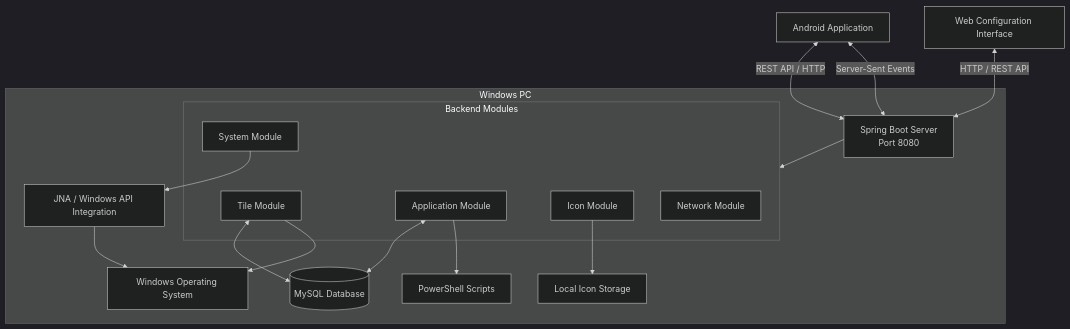
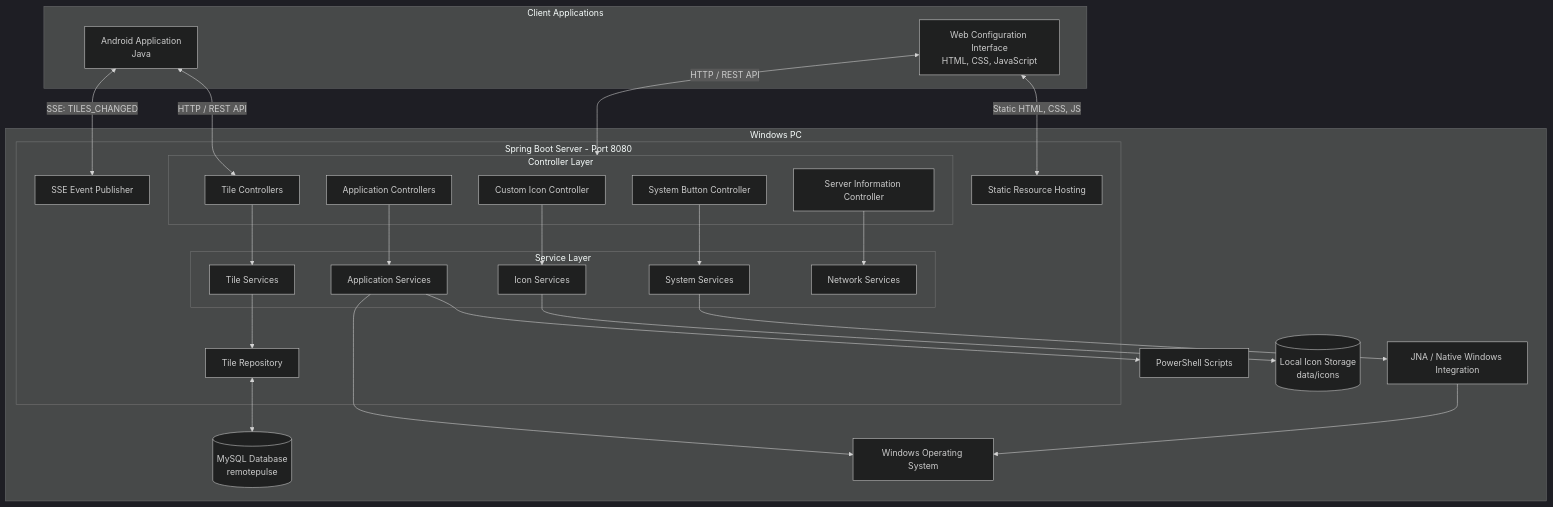
The diagram in README.md (Tactical-Operator/Remote-Pulse), drawn with Mermaid (dark theme) before and after one commit. The commit also changed other lines of this file, not shown here.

Commit message:
Update README with architecture and feature details

````diff
--- a/README.md
+++ b/README.md
@@ -43,36 +43,59 @@
 ```mermaid
 flowchart TB
-    A[Android Application]
-    W[Web Configuration Interface]
+    subgraph CLIENTS["Client Applications"]
+        ANDROID["Android Application<br/>Java"]
+        WEB["Web Configuration Interface<br/>HTML, CSS, JavaScript"]
+    end
 
-    subgraph PC[Windows PC]
-        S[Spring Boot Server<br/>Port 8080]
+    subgraph PC["Windows PC"]
+        subgraph SERVER["Spring Boot Server - Port 8080"]
+            STATIC["Static Resource Hosting"]
 
-        subgraph BACKEND[Backend Modules]
-            T[Tile Module]
-            APP[Application Module]
-            I[Icon Module]
-            SYS[System Module]
-            N[Network Module]
+            subgraph CONTROLLERS["Controller Layer"]
+                TC["Tile Controllers"]
+                AC["Application Controllers"]
+                IC["Custom Icon Controller"]
+                SC["System Button Controller"]
+                NC["Server Information Controller"]
+            end
+
+            subgraph SERVICES["Service Layer"]
+                TS["Tile Services"]
+                AS["Application Services"]
+                IS["Icon Services"]
+                SS["System Services"]
+                NS["Network Services"]
+            end
+
+            REPO["Tile Repository"]
+            SSE["SSE Event Publisher"]
         end
 
-        DB[(MySQL Database)]
-        FS[Local Icon Storage]
-        PS[PowerShell Scripts]
-        JNA[JNA / Windows API Integration]
-        OS[Windows Operating System]
+        DB[("MySQL Database<br/>remotepulse")]
+        ICONS[("Local Icon Storage<br/>data/icons")]
+        PS["PowerShell Scripts"]
+        JNA["JNA / Native Windows Integration"]
+        OS["Windows Operating System"]
     end
 
-    A <-->|REST API / HTTP| S
-    A <-->|Server-Sent Events| S
-    W <-->|HTTP / REST API| S
+    ANDROID <-->|"HTTP / REST API"| TC
+    ANDROID <-->|"SSE: TILES_CHANGED"| SSE
 
-    S --> BACKEND
-    T <--> DB
-    APP <--> DB
-    I --> FS
-    APP --> PS
-    SYS --> JNA
+    WEB <-->|"HTTP / REST API"| CONTROLLERS
+    WEB <-->|"Static HTML, CSS, JS"| STATIC
+
+    TC --> TS
+    AC --> AS
+    IC --> IS
+    SC --> SS
+    NC --> NS
+
+    TS --> REPO
+    REPO <--> DB
+
+    AS --> PS
+    IS --> ICONS
+    SS --> JNA
     JNA --> OS
-    T --> OS
+    AS --> OS
 ```
````
